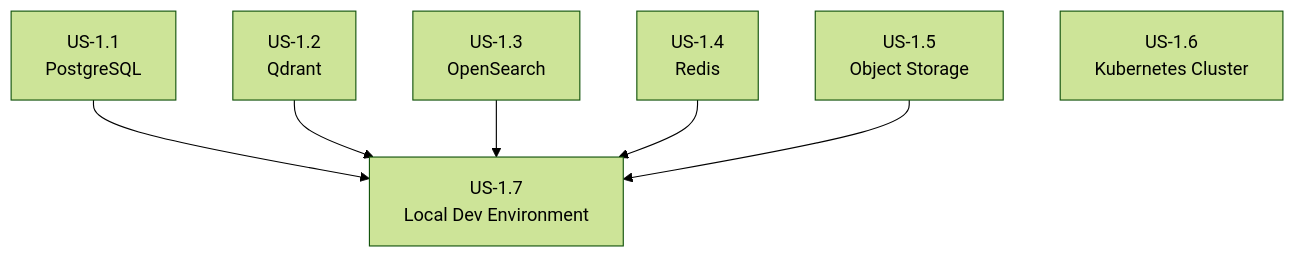
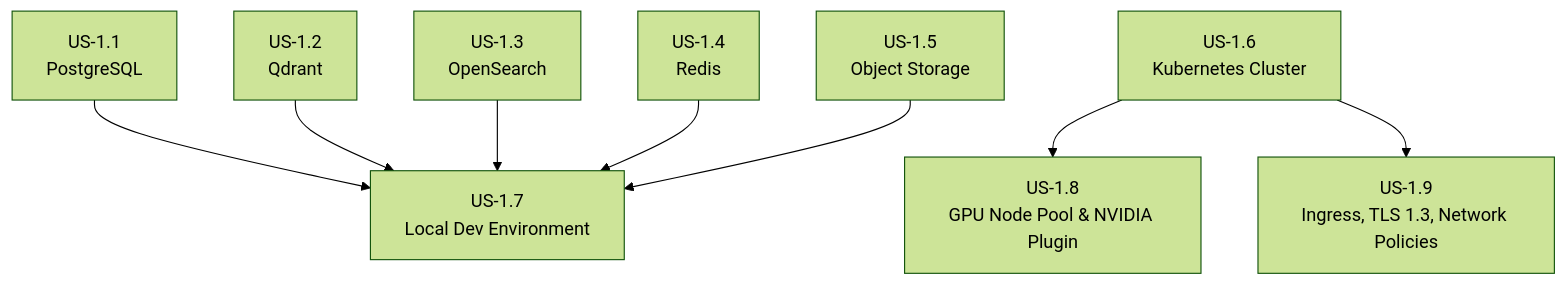
One commit to RogierKonings/ultimate-rag-pipeline changed the diagram in workflow/refined/01-infrastructure-setup/README.md. Above: the diagram before and after it, drawn with Mermaid (forest theme). The commit also changed other lines of this file and 21 other files, not shown here.

````diff
--- a/workflow/refined/01-infrastructure-setup/README.md
+++ b/workflow/refined/01-infrastructure-setup/README.md
@@ -37,9 +39,10 @@
 ```mermaid
 flowchart TD
     US11[US-1.1<br/>PostgreSQL] --> US17[US-1.7<br/>Local Dev Environment]
     US12[US-1.2<br/>Qdrant] --> US17
     US13[US-1.3<br/>OpenSearch] --> US17
     US14[US-1.4<br/>Redis] --> US17
     US15[US-1.5<br/>Object Storage] --> US17
-    US16[US-1.6<br/>Kubernetes Cluster]
+    US16[US-1.6<br/>Kubernetes Cluster] --> US18[US-1.8<br/>GPU Node Pool & NVIDIA Plugin]
+    US16 --> US19[US-1.9<br/>Ingress, TLS 1.3, Network Policies]
 ```
````
